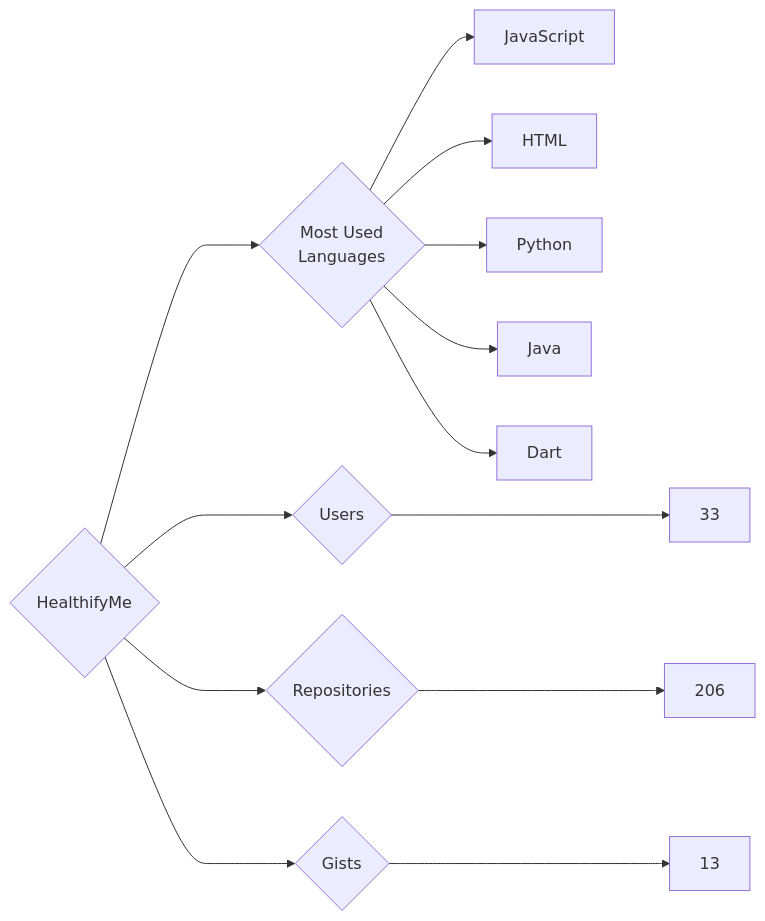
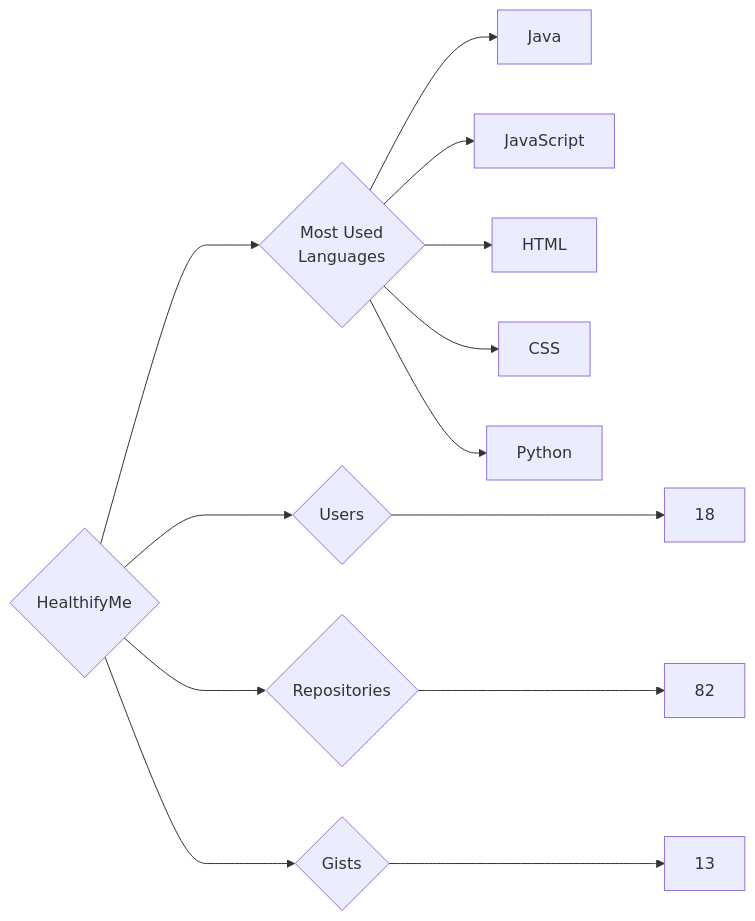
The diagram in targets/HealthifyMe/README.md (trickest/insiders), drawn with Mermaid before and after one commit. The commit also changed 899 other files, not shown here.

````diff
--- a/targets/HealthifyMe/README.md
+++ b/targets/HealthifyMe/README.md
@@ -3,13 +3,13 @@
 ```mermaid
 graph LR
 COMPANY_NAME{HealthifyMe}
-COMPANY_NAME ---> U{Users} ---> UN[33]
-COMPANY_NAME ---> R{Repositories} ---> RN[206]
+COMPANY_NAME ---> U{Users} ---> UN[18]
+COMPANY_NAME ---> R{Repositories} ---> RN[82]
 COMPANY_NAME ---> G{Gists} ---> GN[13]
 COMPANY_NAME ---> ML{Most Used<br>Languages}
+ML --> Java[Java]
 ML --> JavaScript[JavaScript]
 ML --> HTML[HTML]
+ML --> CSS[CSS]
 ML --> Python[Python]
-ML --> Java[Java]
-ML --> Dart[Dart]
 ```
````
